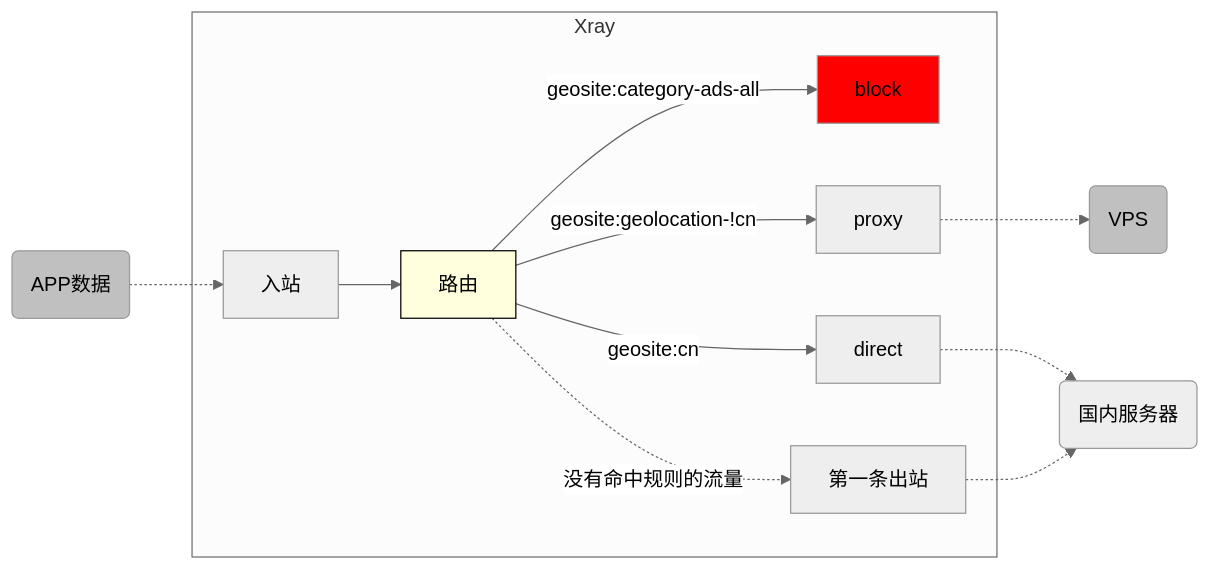
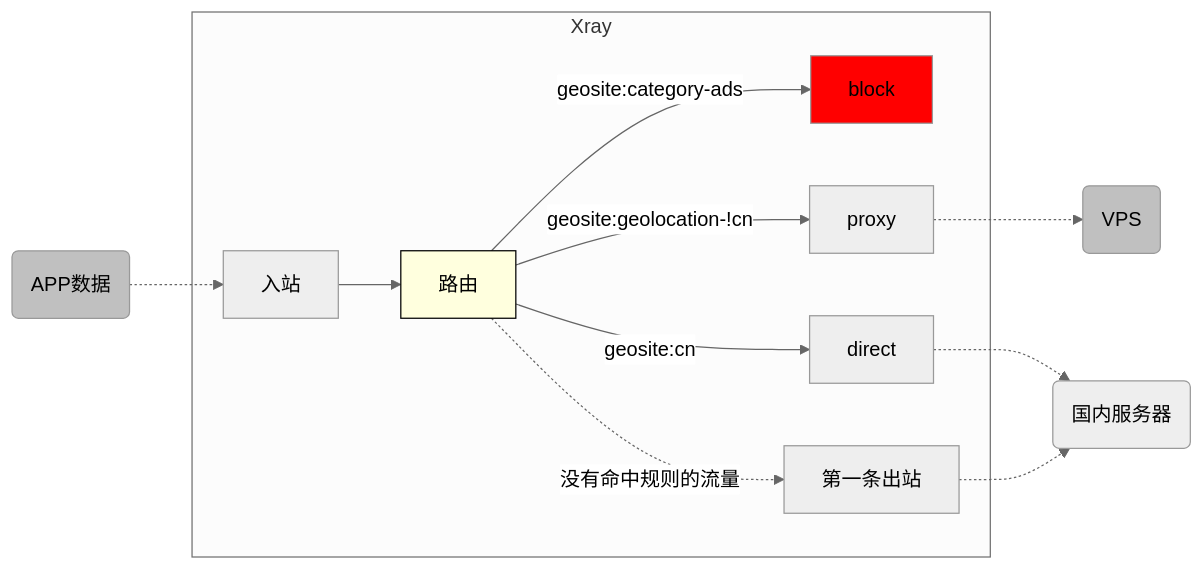
The fourth of 4 diagrams in docs/document/level-1/routing-lv1-part1.md (XTLS/Xray-docs-next), drawn with Mermaid (neutral theme) before and after one commit. The commit also changed other lines of this file and 35 other files, not shown here.

````diff
--- a/docs/document/level-1/routing-lv1-part1.md
+++ b/docs/document/level-1/routing-lv1-part1.md
@@ -376,26 +376,26 @@
 ```mermaid
     graph LR;
 
     S(APP数据) .-> I[入站]
 
     subgraph Xray
-    I --> R[路由] -- "geosite:category-ads-all" --> O1[block]
+    I --> R[路由] -- "geosite:category-ads" --> O1[block]
     R[路由] -- "geosite:geolocation-!cn" --> O3[proxy]
     R[路由] -- "geosite:cn" --> O2[direct]
     R[路由] -. "没有命中规则的流量" .-> O4[第一条出站]
 
     end
 
     O2 .-> D(国内服务器)
     O3 .-> V(VPS)
     O4 .-> D
 
     O1:::redclass
     V:::greyclass
     S:::greyclass
     R:::routingclass
     classDef redclass fill:#FF0000
     classDef greyclass fill:#C0C0C0
     classDef routingclass fill:#FFFFDE,stroke:#000000
 
 ```
````
